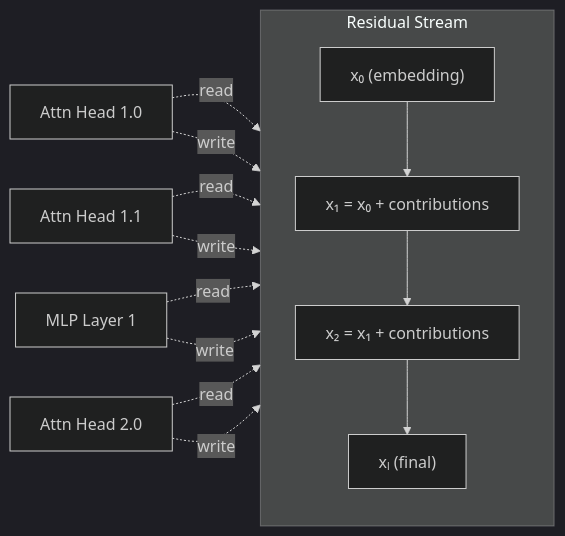
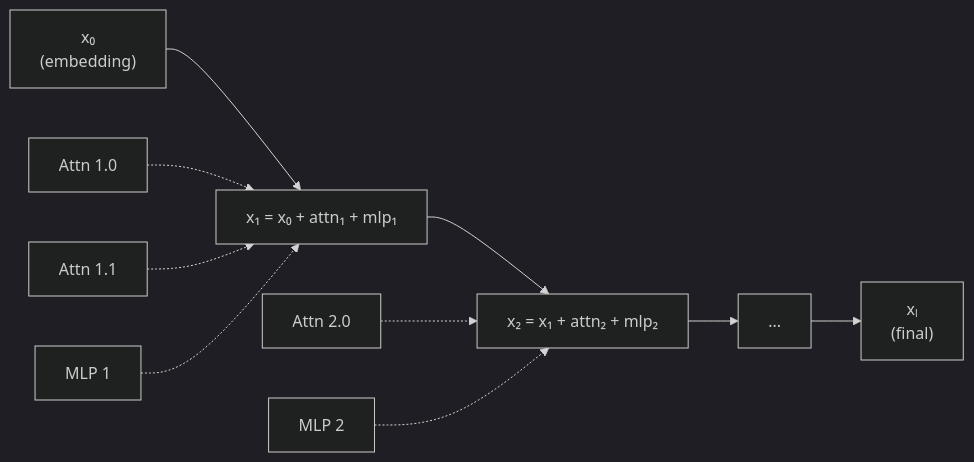
The diagram in articles/03-residual-stream.qmd (ttsugriy/mechinterp-first-principles), drawn with Mermaid (dark theme) before and after one commit. The commit also changed 7 other files, not shown here.

First line of the commit message:
Add interactive visualizations and simplified diagrams

````diff
--- a/articles/03-residual-stream.qmd
+++ b/articles/03-residual-stream.qmd
@@ -83,21 +83,15 @@
 ```{mermaid}
-%%| fig-cap: "Components read from and write to a shared residual stream. Information flows through this common workspace."
+%%| fig-cap: "The residual stream accumulates contributions from each component. All communication happens through this shared vector."
+%%| fig-width: 8
 flowchart LR
-    subgraph "Residual Stream"
-        direction TB
-        X0["x₀ (embedding)"]
-        X1["x₁ = x₀ + contributions"]
-        X2["x₂ = x₁ + contributions"]
-        XL["xₗ (final)"]
-        X0 --> X1 --> X2 --> XL
-    end
+    X0["x₀<br/>(embedding)"] --> X1["x₁ = x₀ + attn₁ + mlp₁"]
+    X1 --> X2["x₂ = x₁ + attn₂ + mlp₂"]
+    X2 --> X3["..."]
+    X3 --> XL["xₗ<br/>(final)"]
 
-    H1["Attn Head 1.0"] -.->|"read"| X0
-    H1 -.->|"write"| X1
-    H2["Attn Head 1.1"] -.->|"read"| X0
-    H2 -.->|"write"| X1
-    M1["MLP Layer 1"] -.->|"read"| X1
-    M1 -.->|"write"| X2
-    H3["Attn Head 2.0"] -.->|"read"| X1
-    H3 -.->|"write"| X2
+    H1["Attn 1.0"] -.-> X1
+    H2["Attn 1.1"] -.-> X1
+    M1["MLP 1"] -.-> X1
+    H3["Attn 2.0"] -.-> X2
+    M2["MLP 2"] -.-> X2
 ```
````
